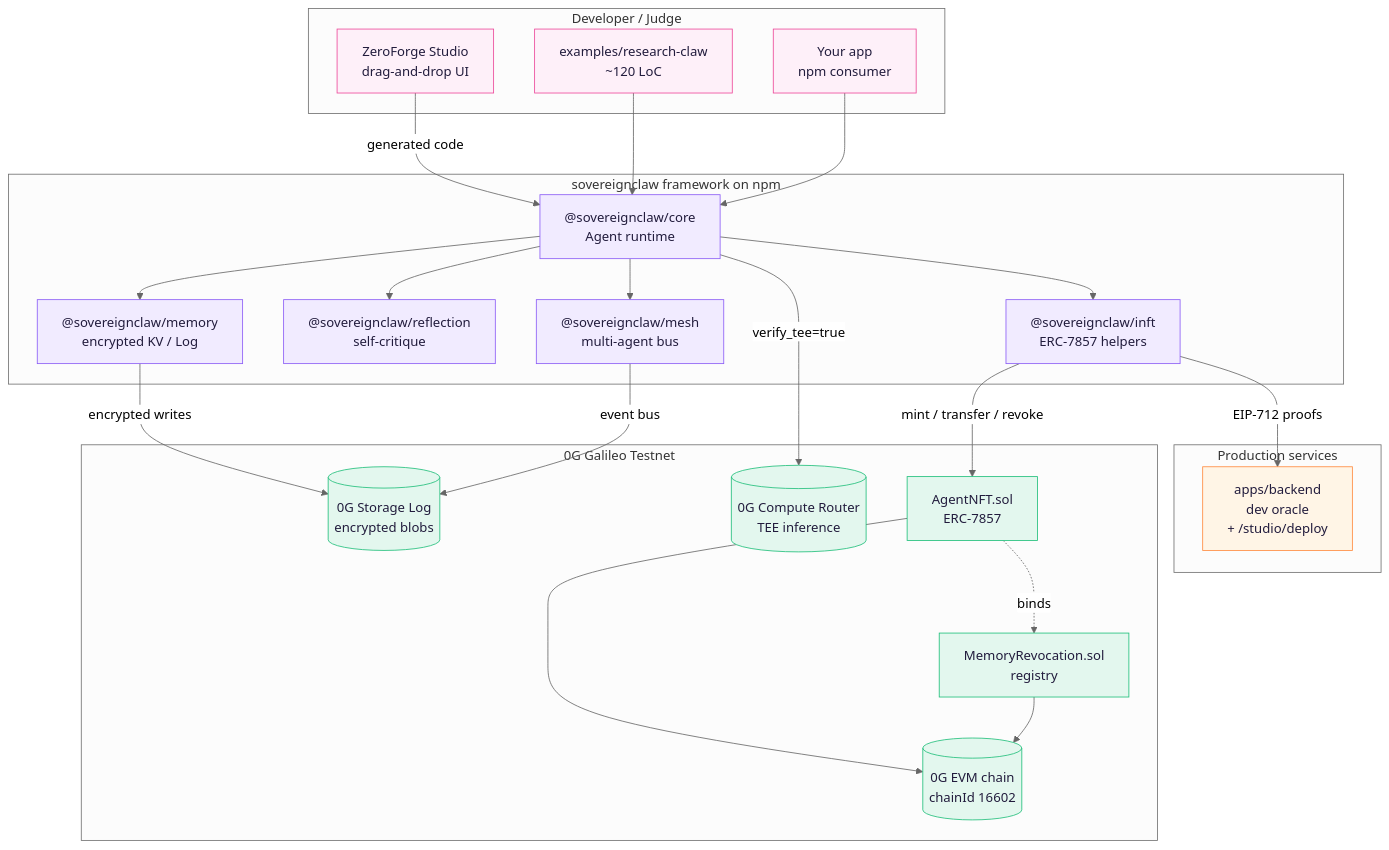
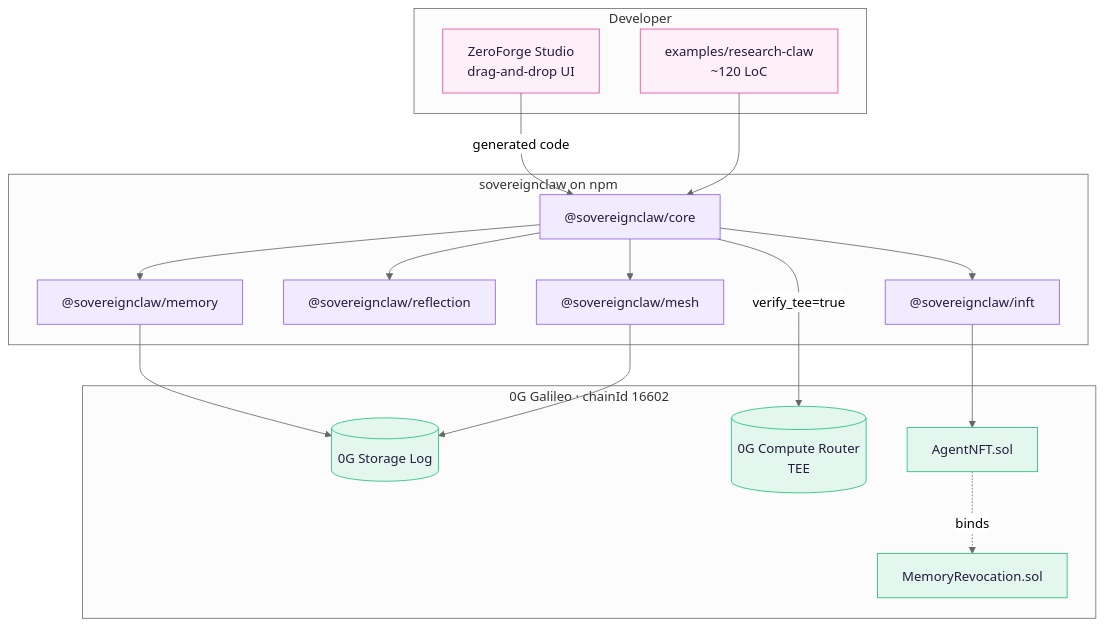
Before and after one commit to irajgill/sclaw: the diagram in README.md, drawn with Mermaid (neutral theme). The commit also changed other lines of this file and 1 other file, not shown here.

````diff
--- a/README.md
+++ b/README.md
@@ -48,54 +35,38 @@
 ```mermaid
 flowchart TB
-    subgraph user [Developer / Judge]
+    subgraph user [Developer]
         UI[ZeroForge Studio<br/>drag-and-drop UI]
         EX[examples/research-claw<br/>~120 LoC]
-        CONS[Your app<br/>npm consumer]
     end
 
-    subgraph framework [sovereignclaw framework on npm]
-        CORE["@sovereignclaw/core<br/>Agent runtime"]
-        MEM["@sovereignclaw/memory<br/>encrypted KV / Log"]
-        REFL["@sovereignclaw/reflection<br/>self-critique"]
-        MESH["@sovereignclaw/mesh<br/>multi-agent bus"]
-        INFT["@sovereignclaw/inft<br/>ERC-7857 helpers"]
+    subgraph framework [sovereignclaw on npm]
+        CORE["@sovereignclaw/core"]
+        MEM["@sovereignclaw/memory"]
+        REFL["@sovereignclaw/reflection"]
+        MESH["@sovereignclaw/mesh"]
+        INFT["@sovereignclaw/inft"]
     end
 
-    subgraph services [Production services]
-        BACK["apps/backend<br/>dev oracle<br/>+ /studio/deploy"]
-    end
-
-    subgraph zerog [0G Galileo Testnet]
-        STO[(0G Storage Log<br/>encrypted blobs)]
-        COMP[(0G Compute Router<br/>TEE inference)]
-        CHAIN[(0G EVM chain<br/>chainId 16602)]
-        AG[AgentNFT.sol<br/>ERC-7857]
-        REV[MemoryRevocation.sol<br/>registry]
+    subgraph zerog [0G Galileo · chainId 16602]
+        STO[(0G Storage Log)]
+        COMP[(0G Compute Router<br/>TEE)]
+        AG[AgentNFT.sol]
+        REV[MemoryRevocation.sol]
     end
 
     UI -->|generated code| CORE
     EX --> CORE
-    CONS --> CORE
-    CORE --> MEM
+    CORE --> MEM --> STO
+    CORE --> MESH --> STO
+    CORE -->|verify_tee=true| COMP
     CORE --> REFL
-    CORE --> MESH
-    CORE --> INFT
-    MEM -->|encrypted writes| STO
-    MESH -->|event bus| STO
-    CORE -->|verify_tee=true| COMP
-    INFT -->|EIP-712 proofs| BACK
-    INFT -->|mint / transfer / revoke| AG
+    CORE --> INFT --> AG
     AG -. binds .-> REV
-    AG --> CHAIN
-    REV --> CHAIN
 
     classDef ui fill:#fef0f9,stroke:#ec4899,color:#221c3d;
     classDef fw fill:#f1ebff,stroke:#8b5cf6,color:#221c3d;
-    classDef svc fill:#fff5e6,stroke:#ff8a3d,color:#221c3d;
     classDef chain fill:#e3f7ee,stroke:#1fbf7a,color:#221c3d;
-
-    class UI,EX,CONS ui;
+    class UI,EX ui;
     class CORE,MEM,REFL,MESH,INFT fw;
-    class BACK svc;
-    class STO,COMP,CHAIN,AG,REV chain;
+    class STO,COMP,AG,REV chain;
 ```
````
